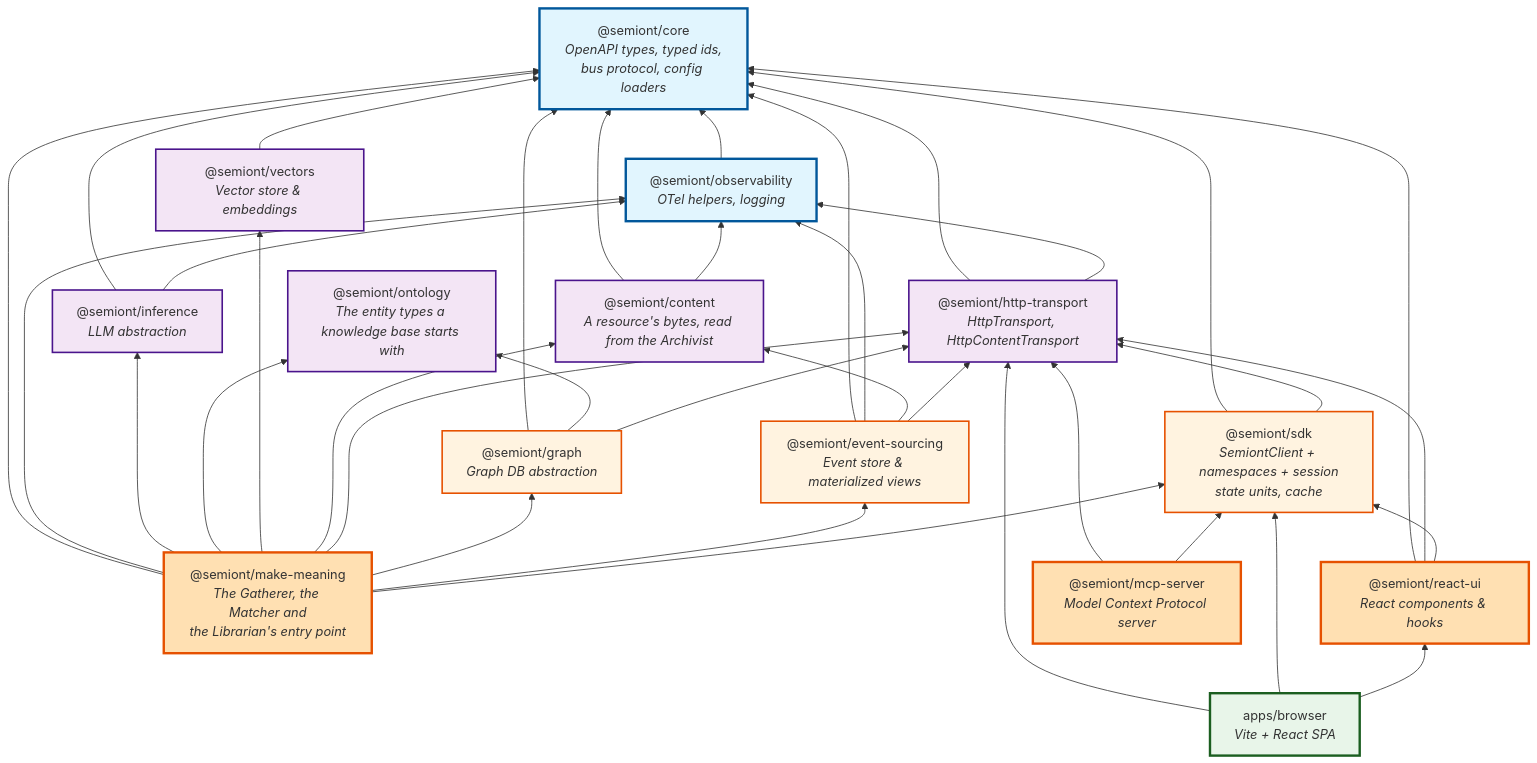
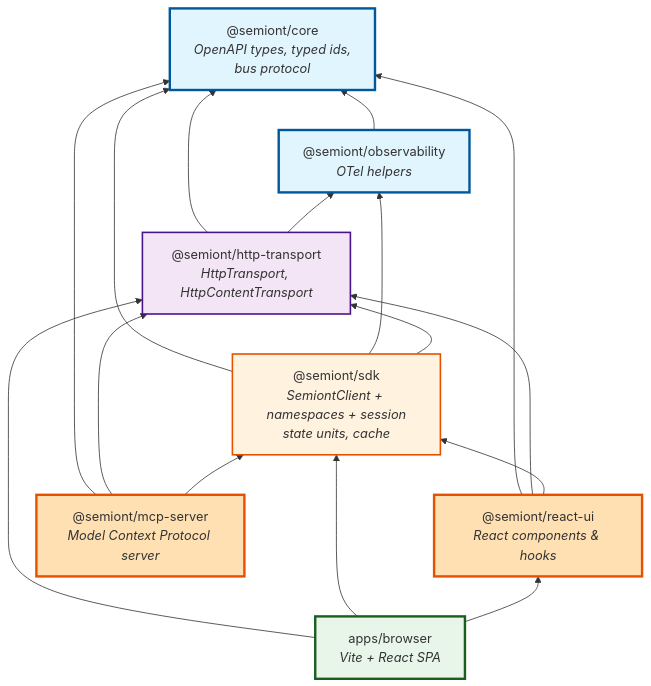
The first of 2 diagrams in docs/architecture/PACKAGE-ARCHITECTURE.md (The-AI-Alliance/semiont), drawn with Mermaid before and after one commit. The commit also changed other lines of this file and 463 other files, not shown here.

````diff
--- a/docs/architecture/PACKAGE-ARCHITECTURE.md
+++ b/docs/architecture/PACKAGE-ARCHITECTURE.md
@@ -11,78 +11,51 @@
 ```mermaid
 graph BT
     %% Layer 4: Application
     browser["apps/browser<br/><i>Vite + React SPA</i>"]
 
-    %% Layer 3: Application logic
-    meaning["@semiont/make-meaning<br/><i>The Gatherer, the Matcher and<br/>the Librarian's entry point</i>"]
+    %% Layer 3: What an application is built from
     react["@semiont/react-ui<br/><i>React components & hooks</i>"]
     mcp["@semiont/mcp-server<br/><i>Model Context Protocol server</i>"]
 
-    %% Layer 2: SDK + domain storage
+    %% Layer 2: SDK
     sdk["@semiont/sdk<br/><i>SemiontClient + namespaces + session<br/>state units, cache</i>"]
-    graph_pkg["@semiont/graph<br/><i>Graph DB abstraction</i>"]
-    event["@semiont/event-sourcing<br/><i>Event store & materialized views</i>"]
 
-    %% Layer 1: Wire + primitives
+    %% Layer 1: Wire
     api["@semiont/http-transport<br/><i>HttpTransport, HttpContentTransport</i>"]
-    content["@semiont/content<br/><i>A resource's bytes, read from the Archivist</i>"]
-    vectors["@semiont/vectors<br/><i>Vector store & embeddings</i>"]
-    ontology["@semiont/ontology<br/><i>The entity types a knowledge base starts with</i>"]
-    inference["@semiont/inference<br/><i>LLM abstraction</i>"]
 
     %% Layer 0: Foundation
-    core["@semiont/core<br/><i>OpenAPI types, typed ids,<br/>bus protocol, config loaders</i>"]
-    obs["@semiont/observability<br/><i>OTel helpers, logging</i>"]
+    core["@semiont/core<br/><i>OpenAPI types, typed ids,<br/>bus protocol</i>"]
+    obs["@semiont/observability<br/><i>OTel helpers</i>"]
 
     browser --> react
     browser --> sdk
     browser --> api
 
-    meaning --> sdk
-    meaning --> event
-    meaning --> graph_pkg
-    meaning --> api
-    meaning --> content
-    meaning --> vectors
-    meaning --> ontology
-    meaning --> inference
-    meaning --> obs
-    meaning --> core
     react --> sdk
     react --> api
     react --> core
     mcp --> sdk
     mcp --> api
+    mcp --> core
 
     sdk --> api
+    sdk --> obs
     sdk --> core
-    graph_pkg --> api
-    graph_pkg --> ontology
-    graph_pkg --> core
-    event --> api
-    event --> content
-    event --> obs
-    event --> core
 
     api --> obs
     api --> core
-    content --> obs
-    content --> core
-    vectors --> core
-    inference --> obs
-    inference --> core
 
     obs --> core
 
     classDef layer0 fill:#e1f5fe,stroke:#01579b,stroke-width:3px
     classDef layer1 fill:#f3e5f5,stroke:#4a148c,stroke-width:2px
     classDef layer2 fill:#fff3e0,stroke:#e65100,stroke-width:2px
     classDef layer3 fill:#ffe0b2,stroke:#e65100,stroke-width:3px
     classDef layer4 fill:#e8f5e9,stroke:#1b5e20,stroke-width:3px
 
     class core,obs layer0
-    class api,content,vectors,ontology,inference layer1
-    class sdk,event,graph_pkg layer2
-    class meaning,react,mcp layer3
+    class api layer1
+    class sdk layer2
+    class react,mcp layer3
     class browser layer4
 ```
````
